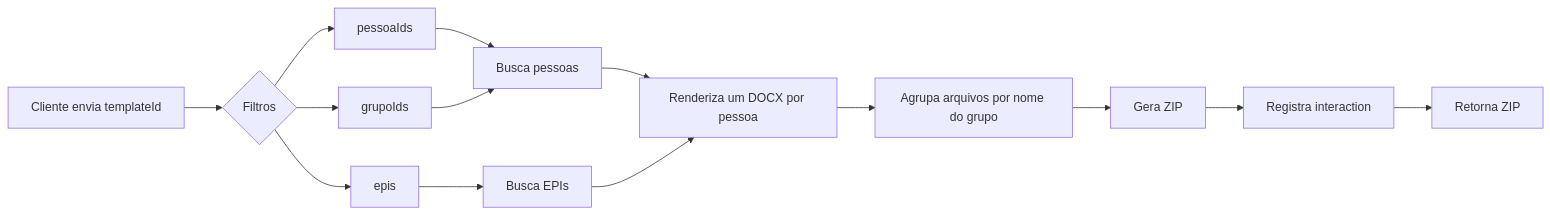
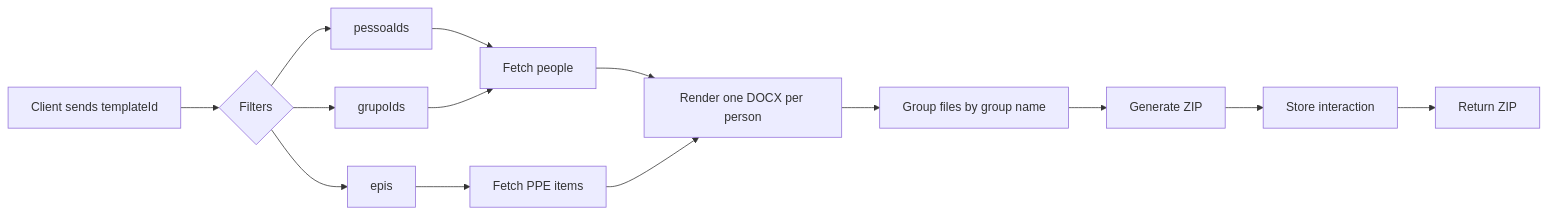
Before and after one commit to teixeira308/doc-filler-api-js: the fourth of 4 diagrams in README.md, drawn with Mermaid. The commit also changed other lines of this file, not shown here.

````diff
--- a/README.md
+++ b/README.md
@@ -154,18 +154,18 @@
 ```mermaid
 flowchart LR
-    A[Cliente envia templateId] --> B{Filtros}
+    A[Client sends templateId] --> B{Filters}
     B --> C[pessoaIds]
     B --> D[grupoIds]
     B --> E[epis]
 
-    C --> F[Busca pessoas]
+    C --> F[Fetch people]
     D --> F
-    E --> G[Busca EPIs]
+    E --> G[Fetch PPE items]
 
-    F --> H[Renderiza um DOCX por pessoa]
+    F --> H[Render one DOCX per person]
     G --> H
-    H --> I[Agrupa arquivos por nome do grupo]
-    I --> J[Gera ZIP]
-    J --> K[Registra interaction]
-    K --> L[Retorna ZIP]
+    H --> I[Group files by group name]
+    I --> J[Generate ZIP]
+    J --> K[Store interaction]
+    K --> L[Return ZIP]
 ```
````
